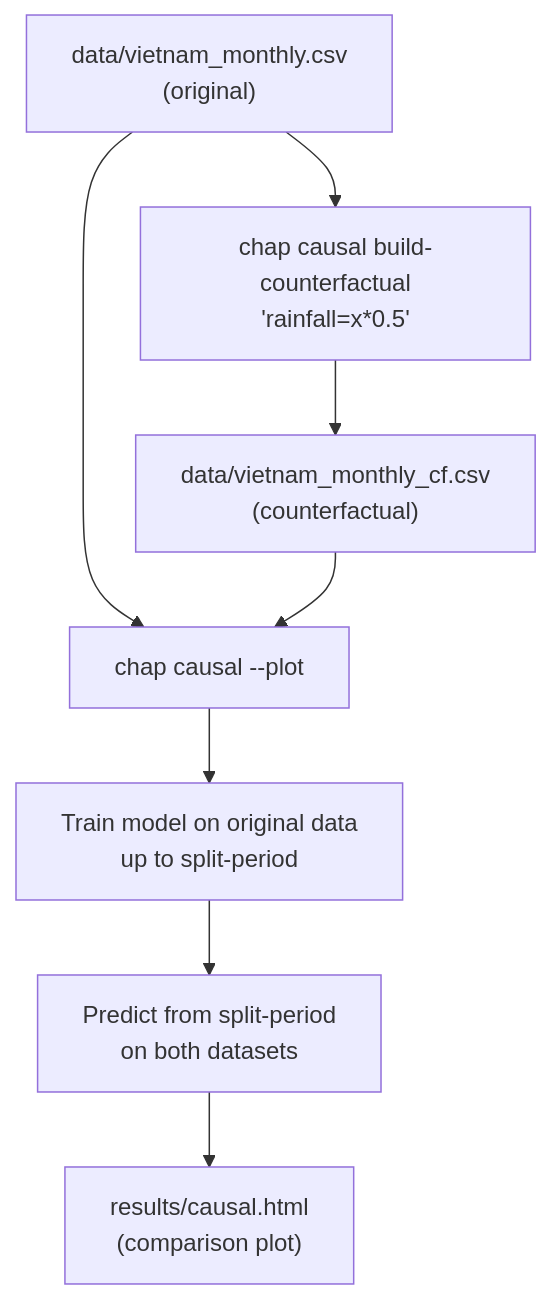
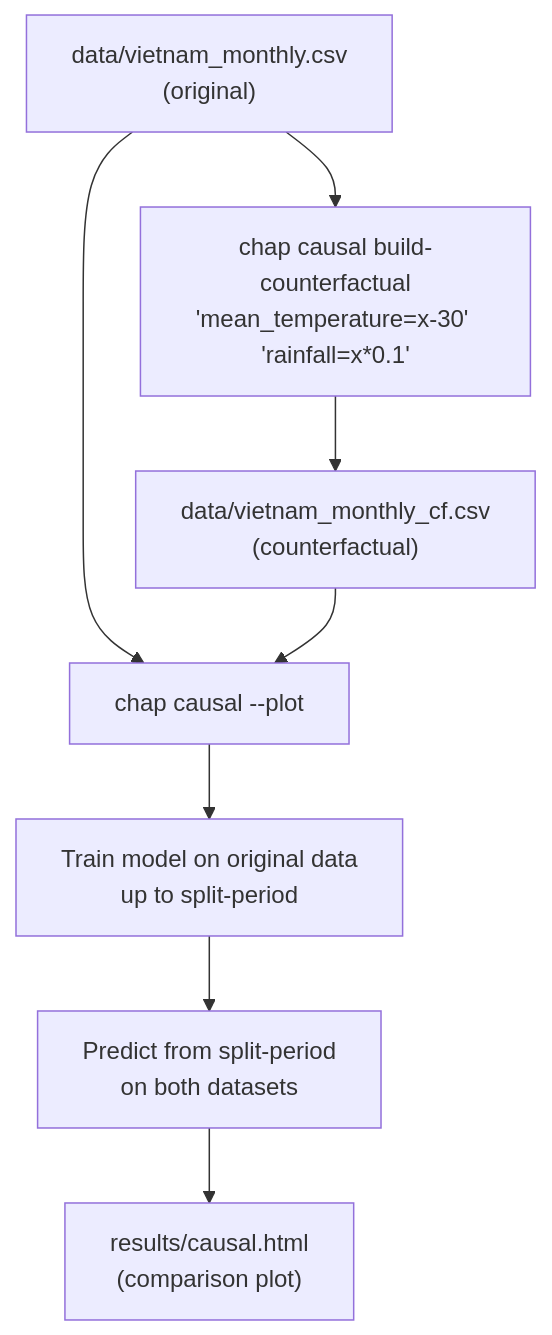
One commit to borissim/chap_counterfactual_comparison changed the diagram in README.md. Above: the diagram before and after it, drawn with Mermaid. The commit also changed other lines of this file and 2 other files, not shown here.

````diff
--- a/README.md
+++ b/README.md
@@ -12,11 +12,11 @@
 ```mermaid
 flowchart TD
     A["data/vietnam_monthly.csv<br/>(original)"]
-    A --> B["chap causal build-counterfactual<br/>'rainfall=x*0.5'"]
+    A --> B["chap causal build-counterfactual<br/>'mean_temperature=x-30' 'rainfall=x*0.1'"]
     B --> C["data/vietnam_monthly_cf.csv<br/>(counterfactual)"]
     A --> D["chap causal --plot"]
     C --> D
     D --> E["Train model on original data<br/>up to split-period"]
     E --> F["Predict from split-period<br/>on both datasets"]
     F --> G["results/causal.html<br/>(comparison plot)"]
 ```
````
